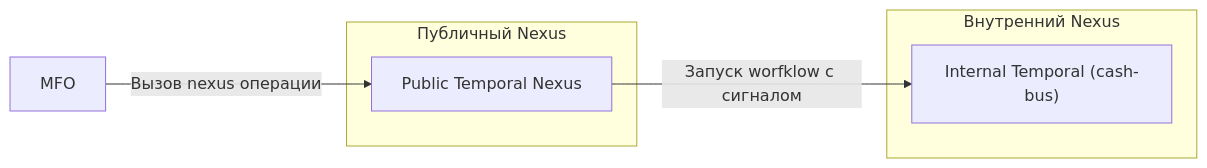
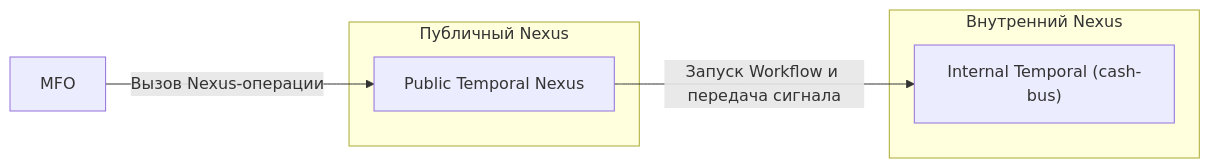
One commit to VantaFinance/cash changed the first of 3 diagrams in mfo/mfo.md. Above: the diagram before and after it, drawn with Mermaid. The commit also changed other lines of this file and 1 other file, not shown here.

Commit message:
Update docs mfo

````diff
--- a/mfo/mfo.md
+++ b/mfo/mfo.md
@@ -52,15 +49,15 @@
 ```mermaid
 flowchart LR
     MFO[MFO]
 
 subgraph Публичный Nexus
 TN["Public Temporal Nexus"]
 end
 
 subgraph Внутренний Nexus
 IT["Internal Temporal (cash-bus)"]
 end
 
-MFO -->|Вызов nexus операции| TN
-TN -->|Запуск worfklow c сигналом| IT
+MFO -->|Вызов Nexus-операции| TN
+TN -->|Запуск Workflow и передача сигнала| IT
 ```
````
